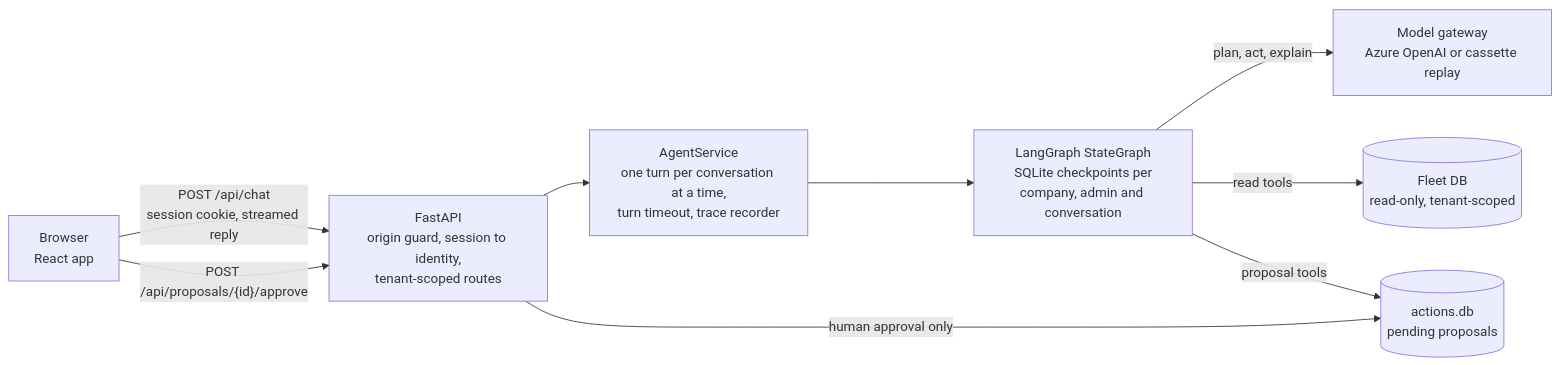
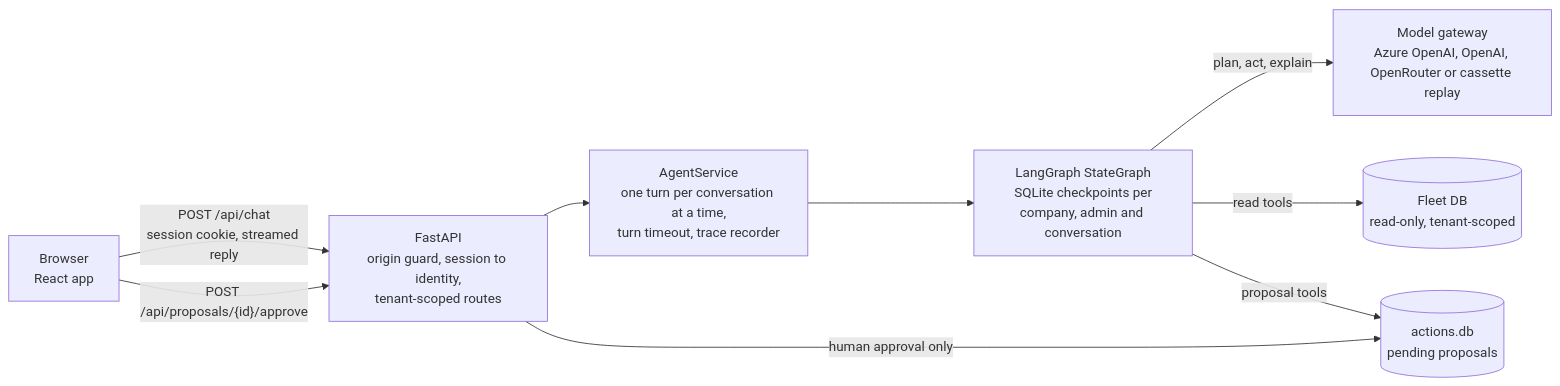
Before and after one commit to PegasusA14/agentic-aI-fleet-copilot-: the first of 2 diagrams in README.md, drawn with Mermaid. The commit also changed other lines of this file and 20 other files, not shown here.

Commit message:
feat(model): choose the live provider with FLEET_MODEL_PROVIDER (azure, openai, openrouter), one ChatGateway over a ProviderAdapter registry in agent/providers.py

````diff
--- a/README.md
+++ b/README.md
@@ -143,11 +160,11 @@
 ```mermaid
 flowchart LR
     UI["Browser<br/>React app"] -- "POST /api/chat<br/>session cookie, streamed reply" --> API["FastAPI<br/>origin guard, session to identity,<br/>tenant-scoped routes"]
     API --> SVC["AgentService<br/>one turn per conversation at a time,<br/>turn timeout, trace recorder"]
     SVC --> G["LangGraph StateGraph<br/>SQLite checkpoints per<br/>company, admin and conversation"]
-    G -- "plan, act, explain" --> LLM["Model gateway<br/>Azure OpenAI or cassette replay"]
+    G -- "plan, act, explain" --> LLM["Model gateway<br/>Azure OpenAI, OpenAI, OpenRouter or cassette replay"]
     G -- "read tools" --> REPO[("Fleet DB<br/>read-only, tenant-scoped")]
     G -- "proposal tools" --> ACT[("actions.db<br/>pending proposals")]
     UI -- "POST /api/proposals/{id}/approve" --> API
     API -- "human approval only" --> ACT
 ```
````
